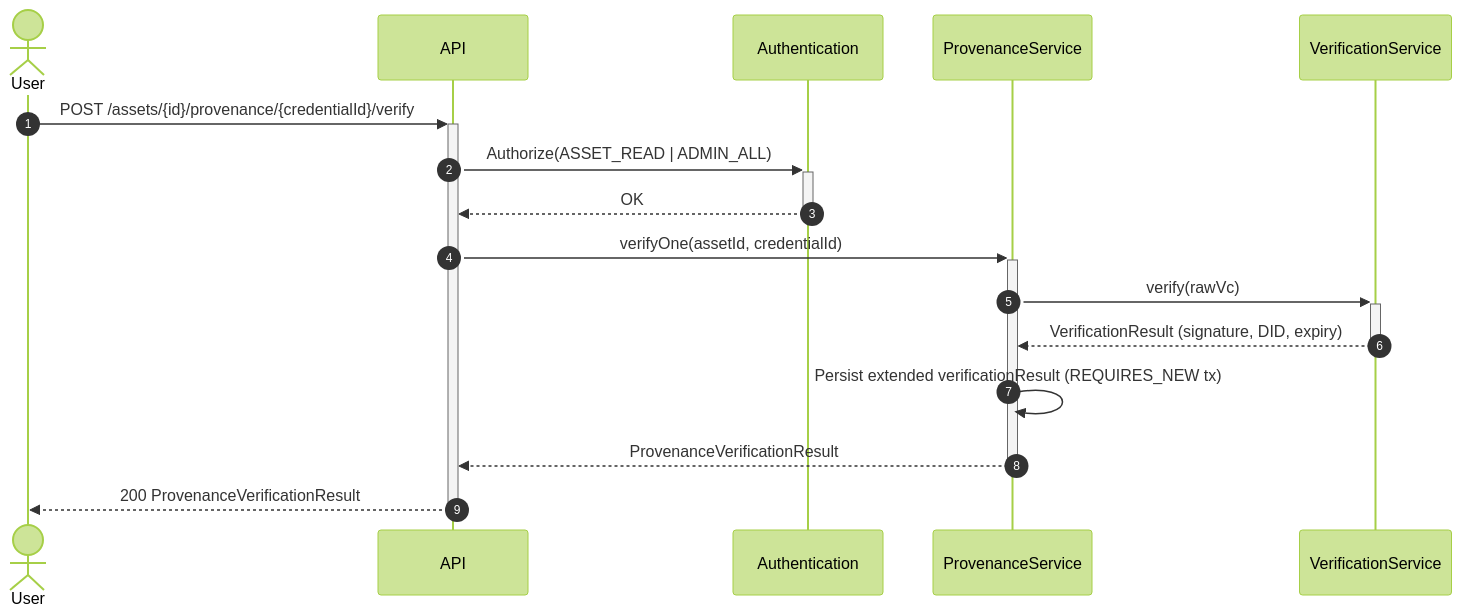
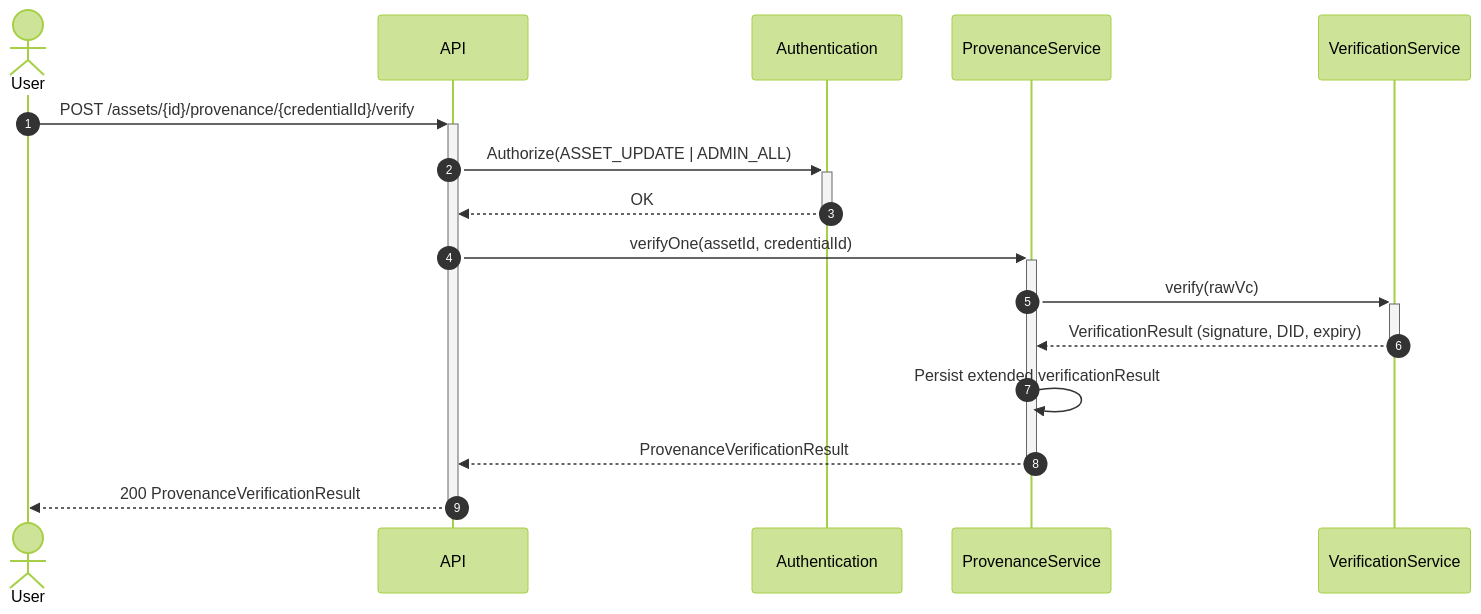
Diagram 26 of 44 in federated-catalogue/src/docs/architecture/chapters/06_runtime_view.adoc (federated-catalogue-enhancements-2026/docs), drawn with Mermaid (forest theme) before and after one commit. The commit also changed other lines of this file and 1 other file, not shown here.

Commit message:
feat(CAT-FR-LM-02): updating docs to reflect latest state

```diff
--- a/federated-catalogue/src/docs/architecture/chapters/06_runtime_view.adoc
+++ b/federated-catalogue/src/docs/architecture/chapters/06_runtime_view.adoc
@@ -855,19 +855,19 @@
 [mermaid, width=2000]
 ....
 sequenceDiagram
     autonumber
     actor User
     participant API
     participant Auth as Authentication
     participant ProvenanceService
     participant VerificationService
     User ->> + API:POST /assets/{id}/provenance/{credentialId}/verify
-    API ->> + Auth:Authorize(ASSET_READ | ADMIN_ALL)
+    API ->> + Auth:Authorize(ASSET_UPDATE | ADMIN_ALL)
     Auth -->> - API:OK
     API ->> + ProvenanceService:verifyOne(assetId, credentialId)
     ProvenanceService ->> + VerificationService:verify(rawVc)
     VerificationService -->> - ProvenanceService:VerificationResult (signature, DID, expiry)
-    ProvenanceService ->> ProvenanceService:Persist extended verificationResult (REQUIRES_NEW tx)
+    ProvenanceService ->> ProvenanceService:Persist extended verificationResult
     ProvenanceService -->> - API:ProvenanceVerificationResult
     API -->> - User:200 ProvenanceVerificationResult
 ....
```
